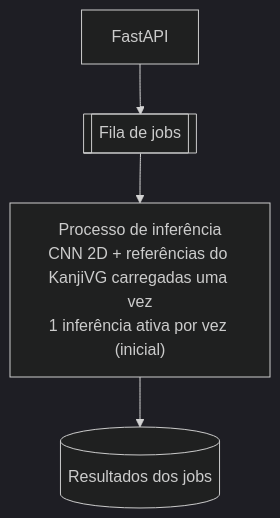
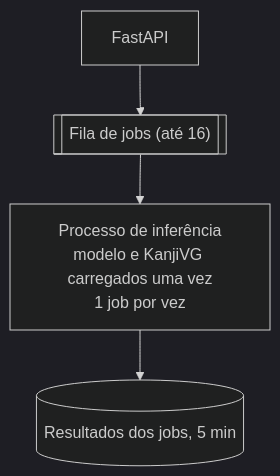
One commit to Asuka-Jyuku/kanji-lens changed the second of 2 diagrams in docs/ARCHITECTURE.md. Above: the diagram before and after it, drawn with Mermaid (dark theme). The commit also changed other lines of this file and 9 other files, not shown here.

````diff
--- a/docs/ARCHITECTURE.md
+++ b/docs/ARCHITECTURE.md
@@ -309,6 +198,6 @@
 ```mermaid
 flowchart TB
-    api["FastAPI"] --> queue[["Fila de jobs"]]
-    queue --> inf["Processo de inferência<br/>CNN 2D + referências do KanjiVG carregadas uma vez<br/>1 inferência ativa por vez (inicial)"]
-    inf --> results[("Resultados dos jobs")]
+    api["FastAPI"] --> queue[["Fila de jobs (até 16)"]]
+    queue --> inf["Processo de inferência<br/>modelo e KanjiVG carregados uma vez<br/>1 job por vez"]
+    inf --> results[("Resultados dos jobs, 5 min")]
 ```
````
